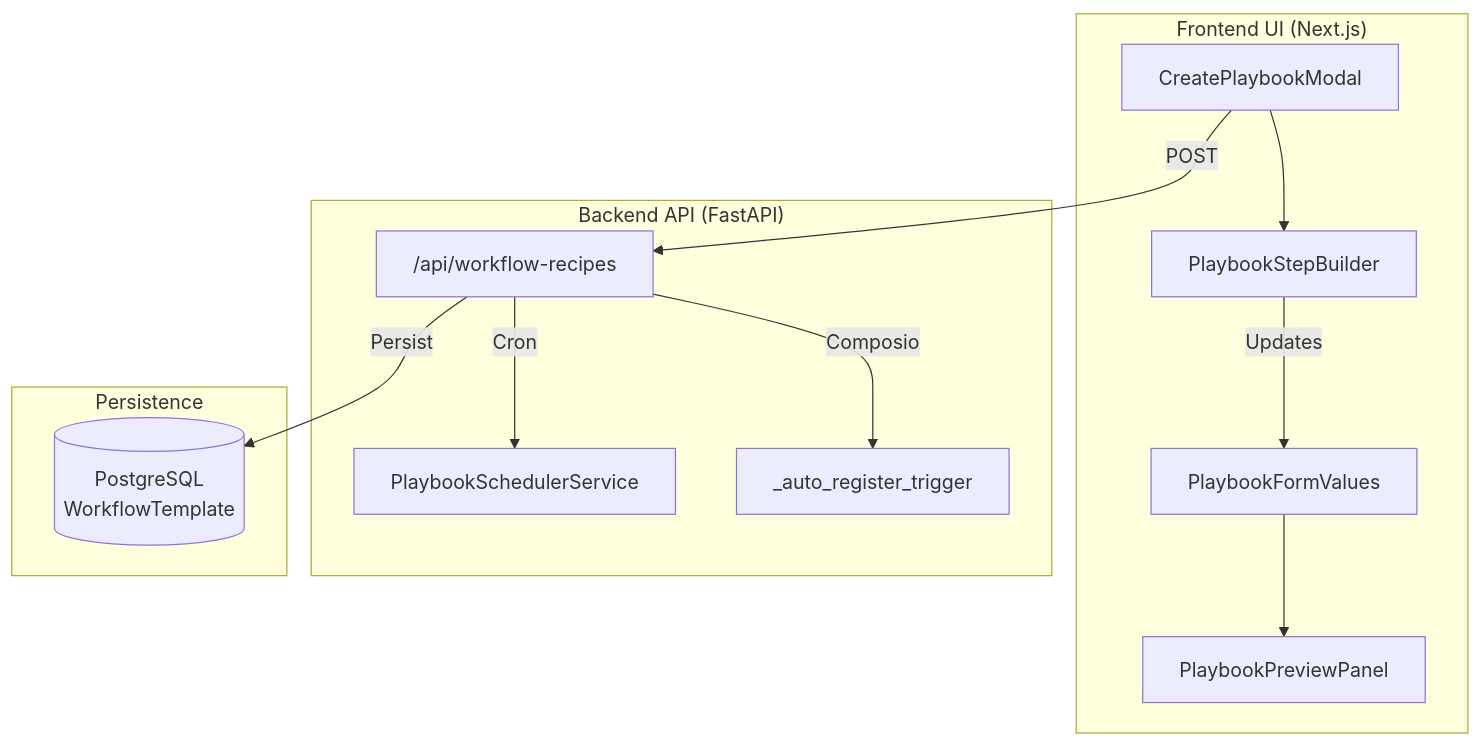
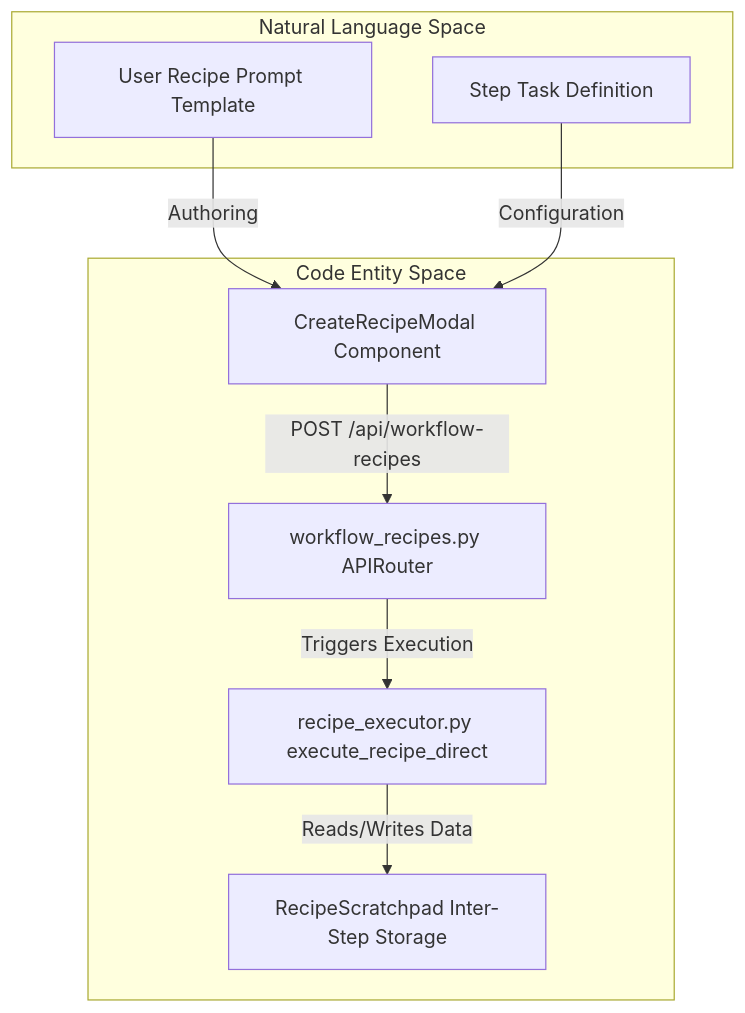
One commit to AutomatosAI/automatos-ai changed the first of 2 diagrams in docs/workflows-recipes/creating-recipes.md. Above: the diagram before and after it, drawn with Mermaid. The commit also changed other lines of this file and 191 other files, not shown here.

````diff
--- a/docs/workflows-recipes/creating-recipes.md
+++ b/docs/workflows-recipes/creating-recipes.md
@@ -56,27 +77,20 @@
 ```mermaid
-graph TD
-    subgraph "Frontend UI (Next.js)"
-        Modal["CreatePlaybookModal"]
-        Form["PlaybookFormValues"]
-        Builder["PlaybookStepBuilder"]
-        Preview["PlaybookPreviewPanel"]
-    end
-    
-    subgraph "Backend API (FastAPI)"
-        Router["/api/workflow-recipes"]
-        Scheduler["PlaybookSchedulerService"]
-        TriggerHandler["_auto_register_trigger"]
+graph TB
+    subgraph NaturalLanguageSpace["Natural Language Space"]
+        UserIntent["User Recipe Prompt Template"]
+        StepDescription["Step Task Definition"]
     end
 
-    subgraph "Persistence"
-        DB[("PostgreSQL<br/>WorkflowTemplate")]
+    subgraph CodeEntitySpace["Code Entity Space"]
+        Modal["CreateRecipeModal Component"]
+        RecipeRouter["workflow_recipes.py APIRouter"]
+        DirectExec["recipe_executor.py execute_recipe_direct"]
+        Scratchpad["RecipeScratchpad Inter-Step Storage"]
     end
 
-    Modal --> Builder
-    Builder -->|Updates| Form
-    Form --> Preview
-    Modal -->|POST| Router
-    Router -->|Persist| DB
-    Router -->|Cron| Scheduler
-    Router -->|Composio| TriggerHandler
+    UserIntent -->|Authoring| Modal
+    StepDescription -->|Configuration| Modal
+    Modal -->|POST /api/workflow-recipes| RecipeRouter
+    RecipeRouter -->|Triggers Execution| DirectExec
+    DirectExec -->|Reads/Writes Data| Scratchpad
 ```
````
